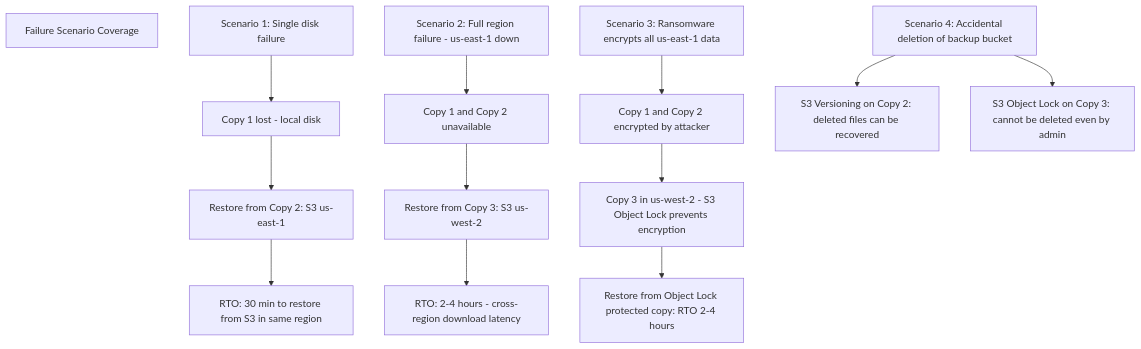
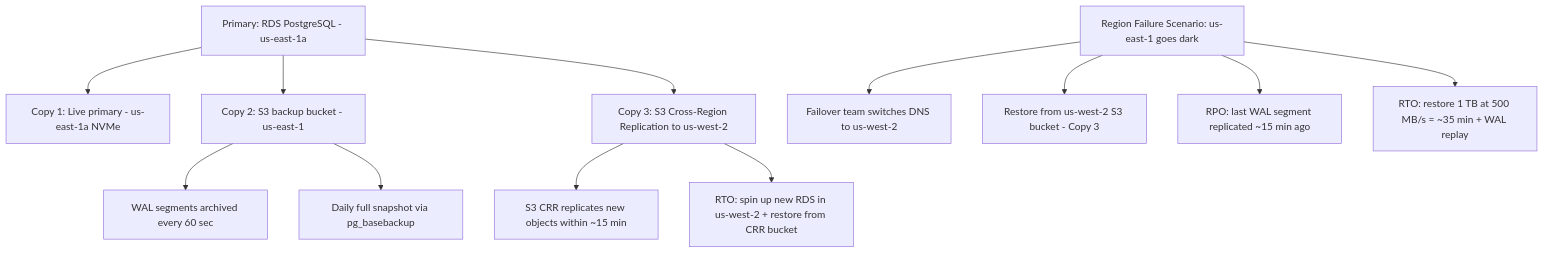
One commit to gauravprwl14/system-design-course changed the eighth of 11 diagrams in docs-site/content/12-interview-prep/question-bank/databases/database-backup-recovery.md. Above: the diagram before and after it, drawn with Mermaid. The commit also changed other lines of this file and 3 other files, not shown here.

````diff
--- a/docs-site/content/12-interview-prep/question-bank/databases/database-backup-recovery.md
+++ b/docs-site/content/12-interview-prep/question-bank/databases/database-backup-recovery.md
@@ -401,23 +330,19 @@
 ```mermaid
 graph TD
-  A[Failure Scenario Coverage]
+  A[Primary: RDS PostgreSQL - us-east-1a]
 
-  B[Scenario 1: Single disk failure]
-  B --> C[Copy 1 lost - local disk]
-  C --> D[Restore from Copy 2: S3 us-east-1]
-  D --> E[RTO: 30 min to restore from S3 in same region]
+  A --> B[Copy 1: Live primary - us-east-1a NVMe]
+  A --> C[Copy 2: S3 backup bucket - us-east-1]
+  A --> D[Copy 3: S3 Cross-Region Replication to us-west-2]
 
-  F[Scenario 2: Full region failure - us-east-1 down]
-  F --> G[Copy 1 and Copy 2 unavailable]
-  G --> H[Restore from Copy 3: S3 us-west-2]
-  H --> I[RTO: 2-4 hours - cross-region download latency]
+  C --> E[WAL segments archived every 60 sec]
+  C --> F[Daily full snapshot via pg_basebackup]
+  D --> G[S3 CRR replicates new objects within ~15 min]
+  D --> H[RTO: spin up new RDS in us-west-2 + restore from CRR bucket]
 
-  J[Scenario 3: Ransomware encrypts all us-east-1 data]
-  J --> K[Copy 1 and Copy 2 encrypted by attacker]
-  K --> L[Copy 3 in us-west-2 - S3 Object Lock prevents encryption]
-  L --> M[Restore from Object Lock protected copy: RTO 2-4 hours]
-
-  N[Scenario 4: Accidental deletion of backup bucket]
-  N --> O[S3 Versioning on Copy 2: deleted files can be recovered]
-  N --> P[S3 Object Lock on Copy 3: cannot be deleted even by admin]
+  I[Region Failure Scenario: us-east-1 goes dark]
+  I --> J[Failover team switches DNS to us-west-2]
+  I --> K[Restore from us-west-2 S3 bucket - Copy 3]
+  I --> L[RPO: last WAL segment replicated ~15 min ago]
+  I --> M[RTO: restore 1 TB at 500 MB/s = ~35 min + WAL replay]
 ```
````
